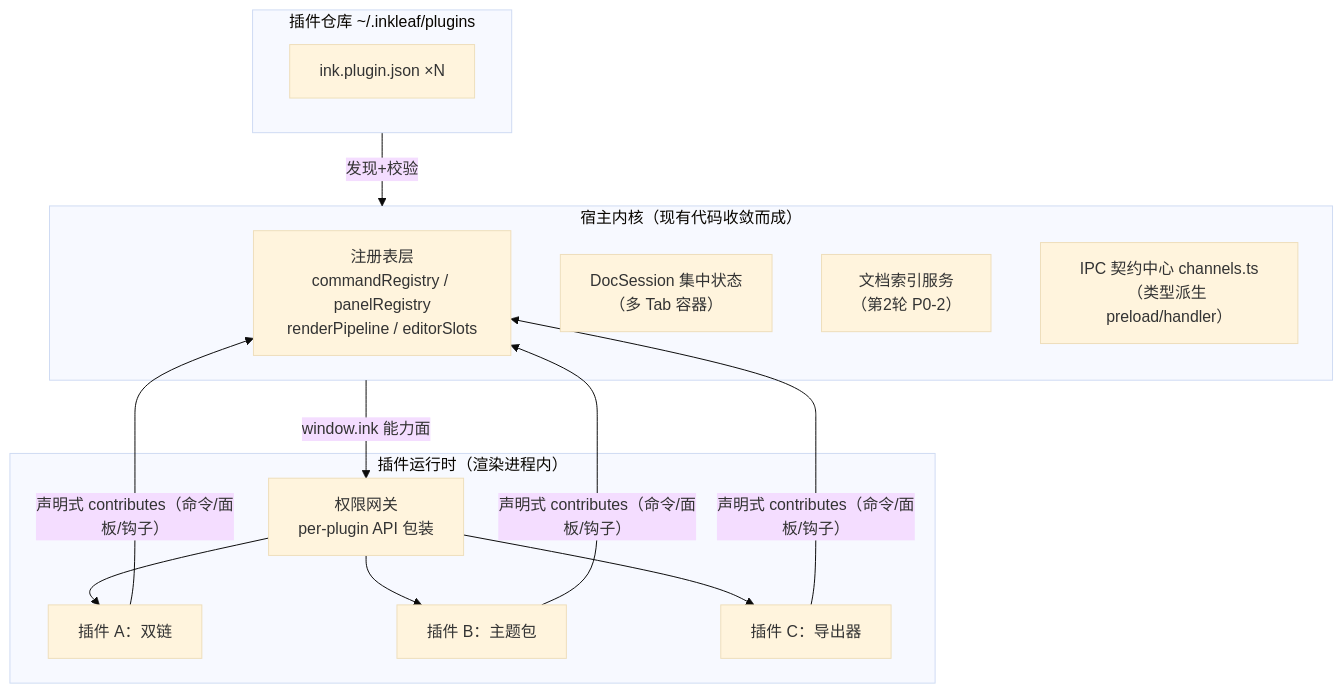
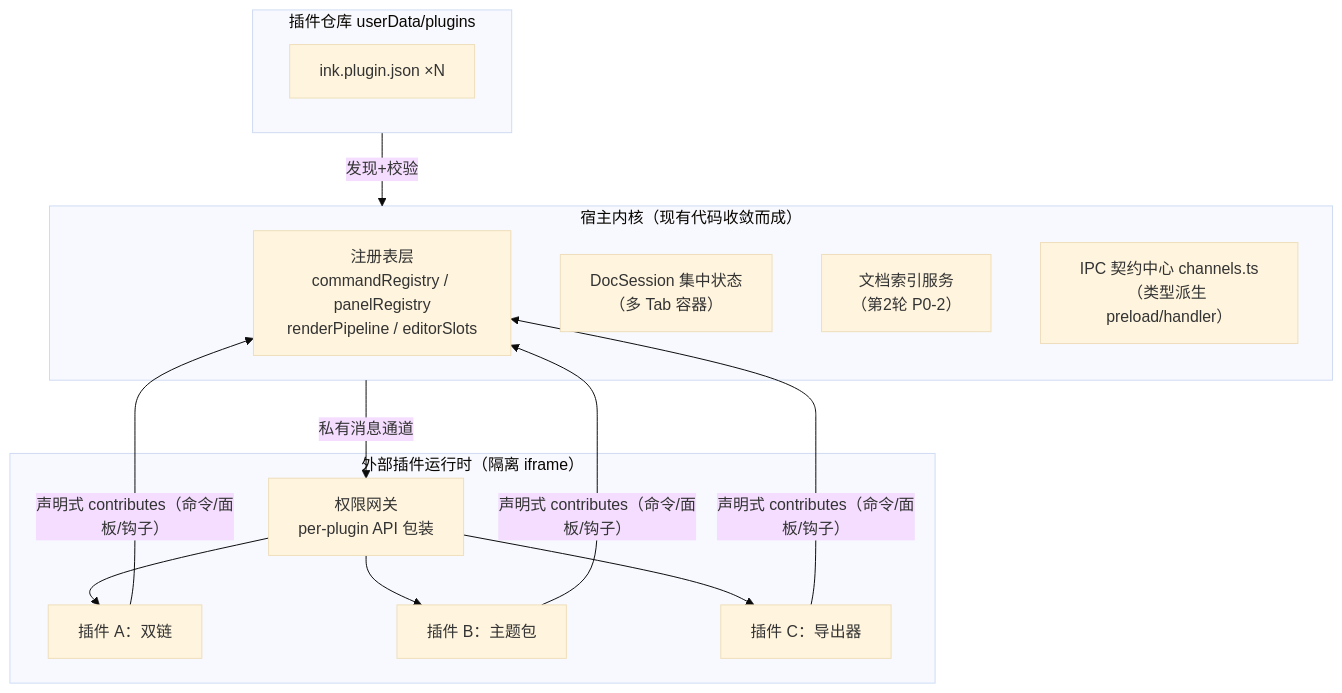
Before and after one commit to Fovercon/Inkleaf: the first of 6 diagrams in docs/04-插件化架构设计.md, drawn with Mermaid (base theme). The commit also changed other lines of this file and 36 other files, not shown here.

````diff
--- a/docs/04-插件化架构设计.md
+++ b/docs/04-插件化架构设计.md
@@ -25,22 +27,22 @@
 ```mermaid
 flowchart TB
     subgraph HOST["宿主内核（现有代码收敛而成）"]
         REG["注册表层<br/>commandRegistry / panelRegistry<br/>renderPipeline / editorSlots"]
         DOC["DocSession 集中状态<br/>（多 Tab 容器）"]
         IDX["文档索引服务<br/>（第2轮 P0-2）"]
         IPC["IPC 契约中心 channels.ts<br/>（类型派生 preload/handler）"]
     end
-    subgraph RUNTIME["插件运行时（渲染进程内）"]
+    subgraph RUNTIME["外部插件运行时（隔离 iframe）"]
         GW["权限网关<br/>per-plugin API 包装"]
         P1["插件 A：双链"]
         P2["插件 B：主题包"]
         P3["插件 C：导出器"]
     end
-    subgraph STORE["插件仓库 ~/.inkleaf/plugins"]
+    subgraph STORE["插件仓库 userData/plugins"]
         M1["ink.plugin.json ×N"]
     end
     STORE -->|发现+校验| HOST
-    HOST -->|window.ink 能力面| GW
+    HOST -->|私有消息通道| GW
     GW --> P1 & P2 & P3
     P1 & P2 & P3 -->|"声明式 contributes（命令/面板/钩子）"| REG
 ```
````
